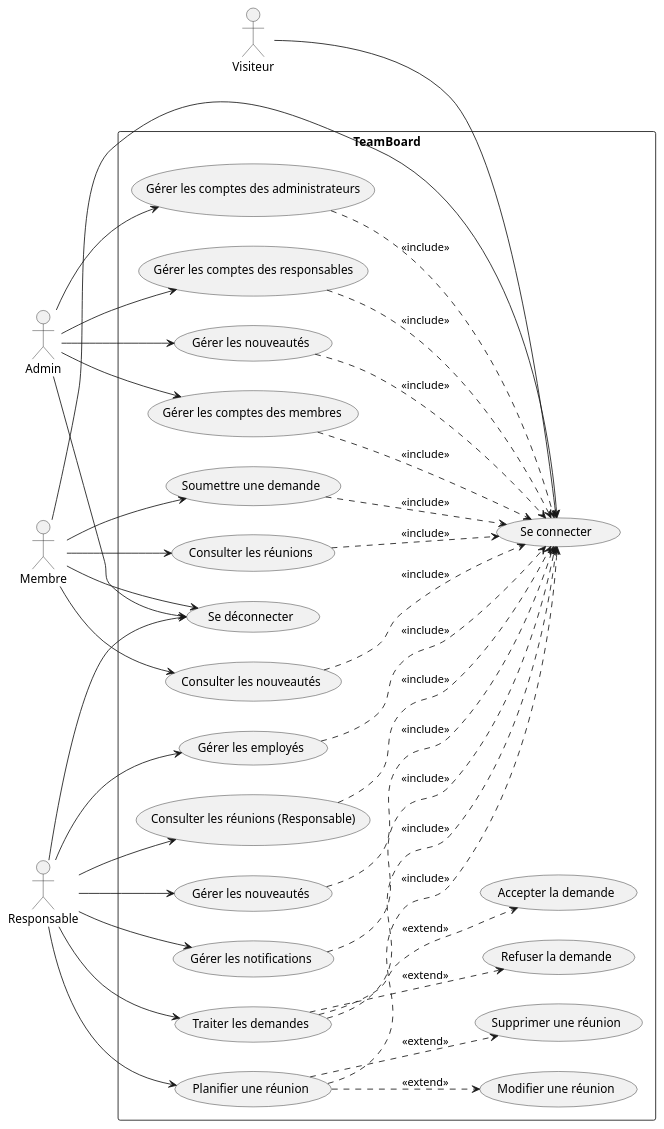
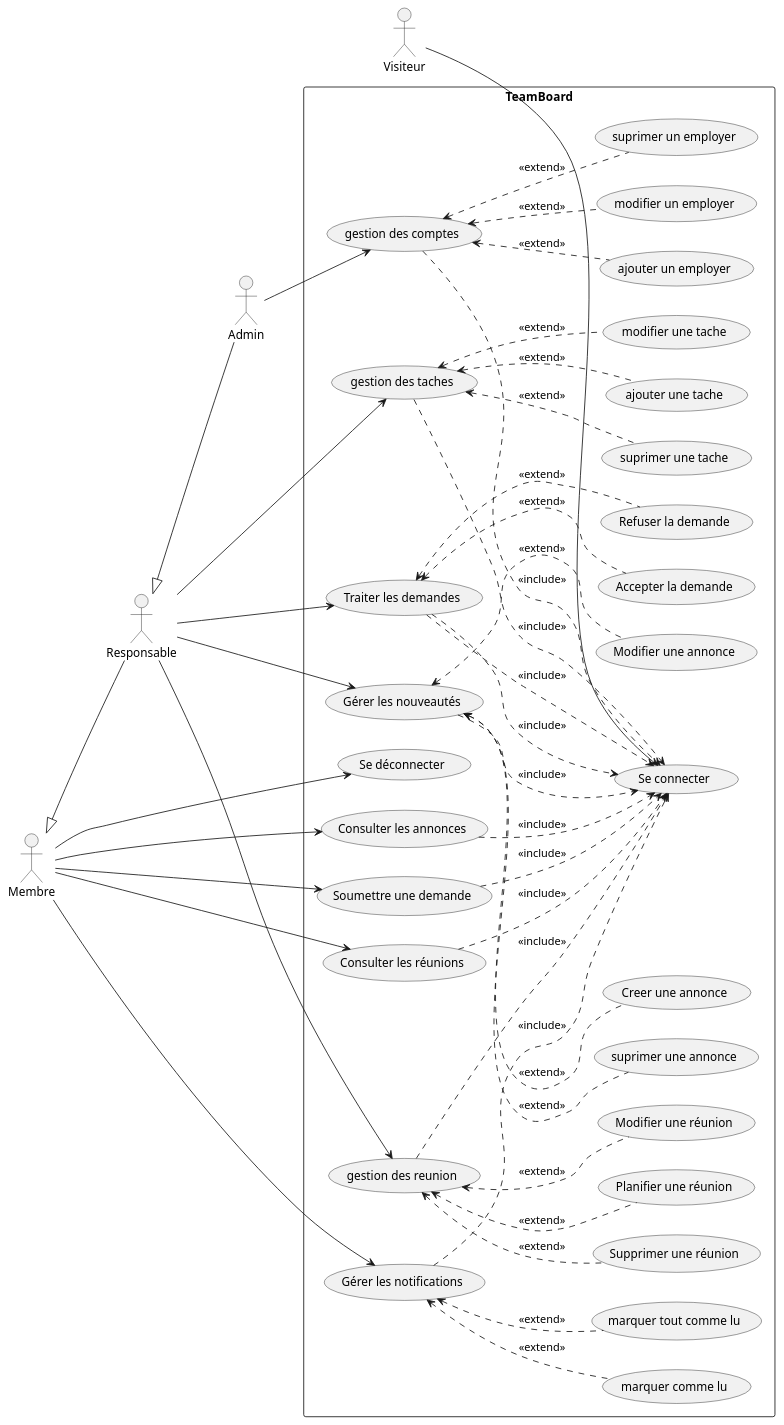
The diagram in diagrame/UseCase.puml (Yassinenmila/TeamBoard), drawn with PlantUML before and after one commit. The commit also changed 3 other files, not shown here.

```diff
--- a/diagrame/UseCase.puml
+++ b/diagrame/UseCase.puml
@@ -1,91 +1,109 @@
 @startuml TeamBoard
 left to right direction
 
 actor Visiteur
 actor Admin
 actor Membre
 actor Responsable
 
+'  Héritage
+Membre <|-- Responsable
+Responsable <|-- Admin
+
 rectangle TeamBoard {
 
     ' Authentification
     usecase "Se connecter" as Login
     usecase "Se déconnecter" as Logout
 
     ' Membre
-    usecase "Consulter les nouveautés" as News
+    usecase "Consulter les annonces" as News
     usecase "Soumettre une demande" as Ask
     usecase "Consulter les réunions" as ViewMeetings
 
     ' Responsable
+    usecase "gestion des taches" as taches
+    usecase "ajouter une tache" as add_tache
+    usecase "modifier une tache" as modify_tache
+    usecase "suprimer une tache" as delete_tache
     usecase "Traiter les demandes" as ManageAsk
     usecase "Accepter la demande" as AcceptAsk
     usecase "Refuser la demande" as RefuseAsk
     usecase "Gérer les nouveautés" as ManageNews
+    usecase "Creer une annonce" as annonce_create
+    usecase "Modifier une annonce" as annonce_modifier
+    usecase "suprimer une annonce" as annonce_suprimer
     usecase "Gérer les notifications" as ManageNotice
-    usecase "Gérer les employés" as ManageAccounts
-
+    usecase "marquer comme lu" as vue 
+    usecase "marquer tout comme lu" as all_vue
+    usecase "ajouter un employer" as add_employ
+    usecase "modifier un employer" as modify_employ
+    usecase "suprimer un employer" as delete_employ
+    
     ' Réunions
+    usecase "gestion des reunion" as manage_meeting
     usecase "Planifier une réunion" as PlanMeeting
     usecase "Modifier une réunion" as EditMeeting
     usecase "Supprimer une réunion" as DeleteMeeting
-    usecase "Consulter les réunions (Responsable)" as ViewMeetingsResp
 
     ' Admin
-    usecase "Gérer les comptes des responsables" as gestion_responsables
-    usecase "Gérer les nouveautés" as gestion_nouveautes
-    usecase "Gérer les comptes des membres" as gestion_membres
-    usecase "Gérer les comptes des administrateurs" as gestion_admins
+    usecase "gestion des comptes" as gestion_compts
 }
 
 '--------- Visiteur -----------
 Visiteur --> Login 
 
 ' -------- Relations Membre --------
-Membre --> Login
 Membre --> Logout
 Membre --> News
 Membre --> Ask
 Membre --> ViewMeetings
+Membre --> ManageNotice
 
+ManageNotice ..> Login : <<include>>
 News ..> Login : <<include>>
 Ask ..> Login : <<include>>
 ViewMeetings ..> Login : <<include>>
 
 ' -------- Relations Responsable --------
-Responsable --> Logout
 Responsable --> ManageAsk
 Responsable --> ManageNews
-Responsable --> ManageNotice
-Responsable --> ManageAccounts
+Responsable --> manage_meeting
+Responsable --> taches
 
-Responsable --> PlanMeeting
-Responsable --> ViewMeetingsResp
+taches ..> Login : <<include>>
+
+taches <.. add_tache : <<extend>>
+taches <.. modify_tache : <<extend>>
+taches <.. delete_tache : <<extend>>
+
 
 ManageAsk ..> Login : <<include>>
 ManageNews ..> Login : <<include>>
-ManageNotice ..> Login : <<include>>
-ManageAccounts ..> Login : <<include>>
 
-PlanMeeting ..> Login : <<include>>
-ViewMeetingsResp ..> Login : <<include>>
+ManageNews <.. annonce_create : <<extend>>
+ManageNews <.. annonce_modifier : <<extend>>
+ManageNews <.. annonce_suprimer : <<extend>>
 
-PlanMeeting ..> EditMeeting : <<extend>>
-PlanMeeting ..> DeleteMeeting : <<extend>>
+ManageNotice <.. vue : <<extend>>
+ManageNotice <.. all_vue : <<extend>>
 
-ManageAsk ..> AcceptAsk : <<extend>>
-ManageAsk ..> RefuseAsk : <<extend>>
+manage_meeting ..> Login : <<include>>
+
+manage_meeting <.. PlanMeeting : <<extend>>
+manage_meeting <.. EditMeeting : <<extend>>
+manage_meeting <.. DeleteMeeting : <<extend>>
+
+ManageAsk <.. AcceptAsk : <<extend>>
+ManageAsk <.. RefuseAsk : <<extend>>
+ManageAsk ..> Login : <<include>>
 
 ' -------- Relations Admin --------
-Admin --> Logout
-Admin --> gestion_admins
-Admin --> gestion_membres
-Admin --> gestion_responsables
-Admin --> gestion_nouveautes
+Admin --> gestion_compts
+gestion_compts ..> Login : <<include>>
+gestion_compts <.. add_employ :<<extend>>
+gestion_compts <.. modify_employ :<<extend>>
+gestion_compts <.. delete_employ :<<extend>>
 
-gestion_admins ..> Login : <<include>>
-gestion_membres ..> Login : <<include>>
-gestion_responsables ..> Login : <<include>>
-gestion_nouveautes ..> Login : <<include>>
 
 @enduml
```
